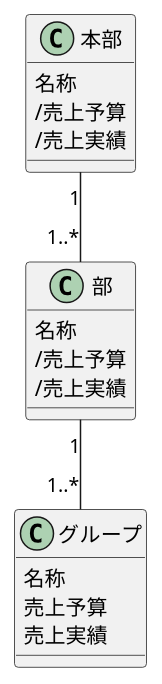
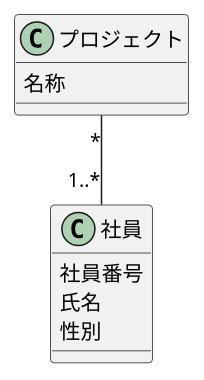
Before and after one commit to yinm/uml-modeling-lesson: the diagram in ch05/sample.puml, drawn with PlantUML.

Commit message:
Add lesson14

```diff
--- a/ch05/sample.puml
+++ b/ch05/sample.puml
@@ -1,24 +1,15 @@
 @startuml
 
-class 本部 {
+class プロジェクト {
   名称
-  /売上予算
-  /売上実績
 }
 
-class 部 {
-  名称
-  /売上予算
-  /売上実績
+class 社員 {
+  社員番号
+  氏名
+  性別
 }
 
-class グループ {
-  名称
-  売上予算
-  売上実績
-}
-
-本部 "1"--"1..*" 部
-部 "1"--"1..*" グループ
+プロジェクト "*"--"1..*" 社員
 
 @enduml
```
